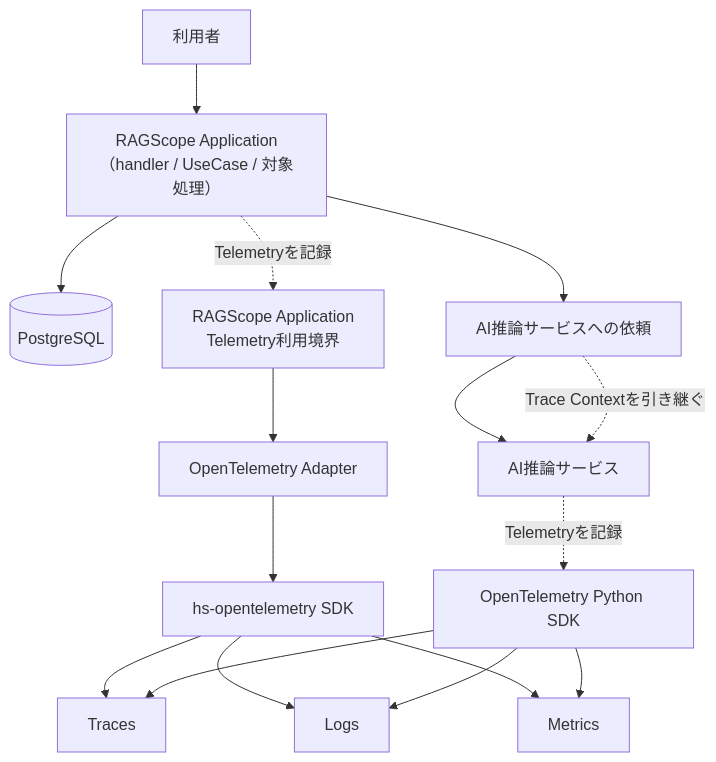
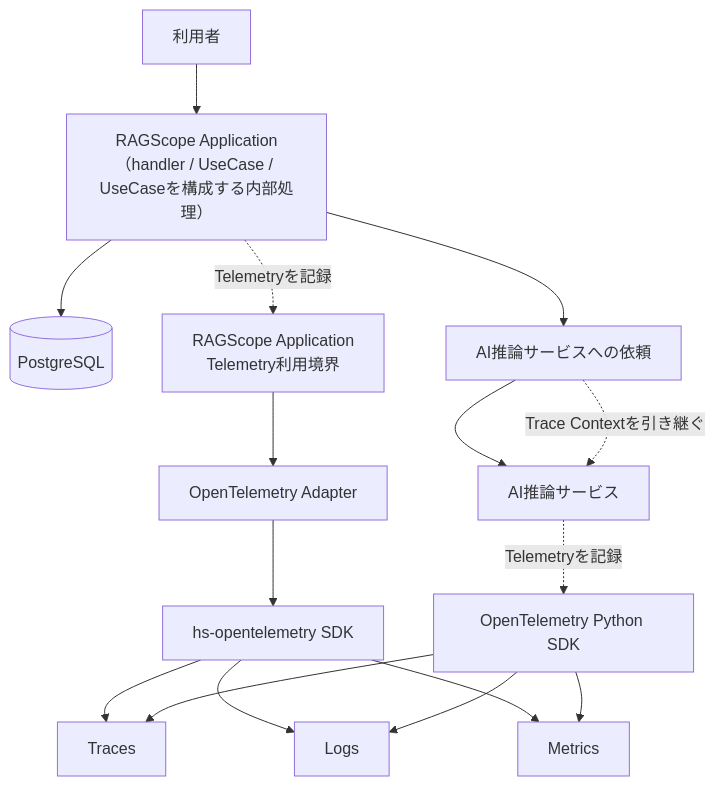
Before and after one commit to takashit16833/Workbench: the first of 2 diagrams in Notes/RAGScope/RAGScopeアプリケーション/RS-0023 Observability設計メモ.md, drawn with Mermaid. The commit also changed other lines of this file, not shown here.

````diff
--- a/Notes/RAGScope/RAGScopeアプリケーション/RS-0023 Observability設計メモ.md
+++ b/Notes/RAGScope/RAGScopeアプリケーション/RS-0023 Observability設計メモ.md
@@ -41,22 +41,22 @@
 ```mermaid
 flowchart TB
-    USER["利用者"] --> APP["RAGScope Application（handler / UseCase / 対象処理）"]
+    USER["利用者"] --> APP["RAGScope Application（handler / UseCase / UseCaseを構成する内部処理）"]
 
     APP --> DB[("PostgreSQL")]
     APP --> AIREQ["AI推論サービスへの依頼"]
     AIREQ --> AI["AI推論サービス"]
     AIREQ -. "Trace Contextを引き継ぐ" .-> AI
 
     APP -. "Telemetryを記録" .-> TEL["RAGScope Application<br>Telemetry利用境界"]
     TEL --> HADAPTER["OpenTelemetry Adapter"]
     HADAPTER --> HSDK["hs-opentelemetry SDK"]
 
     AI -. "Telemetryを記録" .-> PYSDK["OpenTelemetry Python SDK"]
 
     HSDK --> TR["Traces"]
     HSDK --> LG["Logs"]
     HSDK --> MT["Metrics"]
     PYSDK --> TR
     PYSDK --> LG
     PYSDK --> MT
 ```
````
